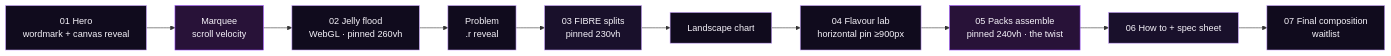
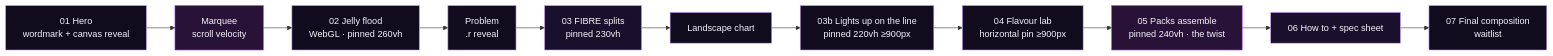
Before and after one commit to Sanskaari69/psy-fibre: the first of 3 diagrams in README.md, drawn with Mermaid. The commit also changed other lines of this file and 10 other files, not shown here.

````diff
--- a/README.md
+++ b/README.md
@@ -21,7 +21,7 @@
 ```mermaid
 flowchart LR
   classDef plum fill:#100B1D,stroke:#C9A3FF,color:#F6F3FA
   classDef rise fill:#19102B,stroke:#C9A3FF,color:#F6F3FA
   classDef purple fill:#281238,stroke:#9B4DFF,color:#F6F3FA
-  H["01 Hero<br/>wordmark + canvas reveal"]:::plum --> M["Marquee<br/>scroll velocity"]:::purple --> F["02 Jelly flood<br/>WebGL · pinned 260vh"]:::plum --> P["Problem<br/>.r reveal"]:::plum --> A["03 FIBRE splits<br/>pinned 230vh"]:::rise --> C["Landscape chart"]:::plum --> L["04 Flavour lab<br/>horizontal pin ≥900px"]:::plum --> K["05 Packs assemble<br/>pinned 240vh · the twist"]:::purple --> S["06 How to + spec sheet"]:::rise --> W["07 Final composition<br/>waitlist"]:::plum
+  H["01 Hero<br/>wordmark + canvas reveal"]:::plum --> M["Marquee<br/>scroll velocity"]:::purple --> F["02 Jelly flood<br/>WebGL · pinned 260vh"]:::plum --> P["Problem<br/>.r reveal"]:::plum --> A["03 FIBRE splits<br/>pinned 230vh"]:::rise --> C["Landscape chart"]:::plum --> LU["03b Lights up on the line<br/>pinned 220vh ≥900px"]:::plum --> L["04 Flavour lab<br/>horizontal pin ≥900px"]:::plum --> K["05 Packs assemble<br/>pinned 240vh · the twist"]:::purple --> S["06 How to + spec sheet"]:::rise --> W["07 Final composition<br/>waitlist"]:::plum
 ```
````
